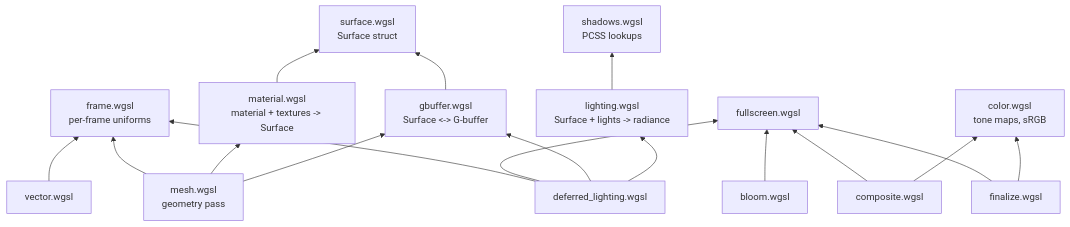
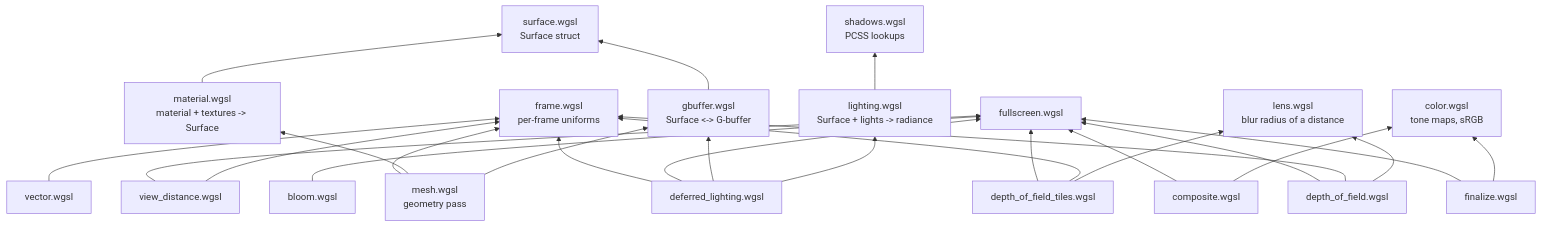
One commit to MrDiver/manim changed the sixth of 7 diagrams in manimx/manimx/renderer/README.md. Above: the diagram before and after it, drawn with Mermaid. The commit also changed other lines of this file and 14 other files, not shown here.

````diff
--- a/manimx/manimx/renderer/README.md
+++ b/manimx/manimx/renderer/README.md
@@ -324,21 +438,25 @@
 ```mermaid
 flowchart BT
     frame["frame.wgsl<br/>per-frame uniforms"]
     fullscreen["fullscreen.wgsl"]
     surface["surface.wgsl<br/>Surface struct"]
     material["material.wgsl<br/>material + textures -> Surface"]
     gbuffer["gbuffer.wgsl<br/>Surface <-> G-buffer"]
     shadows["shadows.wgsl<br/>PCSS lookups"]
     lighting["lighting.wgsl<br/>Surface + lights -> radiance"]
     color["color.wgsl<br/>tone maps, sRGB"]
 
     vector["vector.wgsl"] --> frame
     mesh["mesh.wgsl<br/>geometry pass"] --> frame & material & gbuffer
     material --> surface
     gbuffer --> surface
     deferred["deferred_lighting.wgsl"] --> frame & fullscreen & gbuffer & lighting
     lighting --> shadows
     composite["composite.wgsl"] --> fullscreen & color
     finalize["finalize.wgsl"] --> fullscreen & color
     bloom["bloom.wgsl"] --> fullscreen
+    lens["lens.wgsl<br/>blur radius of a distance"]
+    distance["view_distance.wgsl"] --> fullscreen & frame
+    tiles["depth_of_field_tiles.wgsl"] --> fullscreen & frame & lens
+    dof["depth_of_field.wgsl"] --> fullscreen & frame & lens
 ```
````
